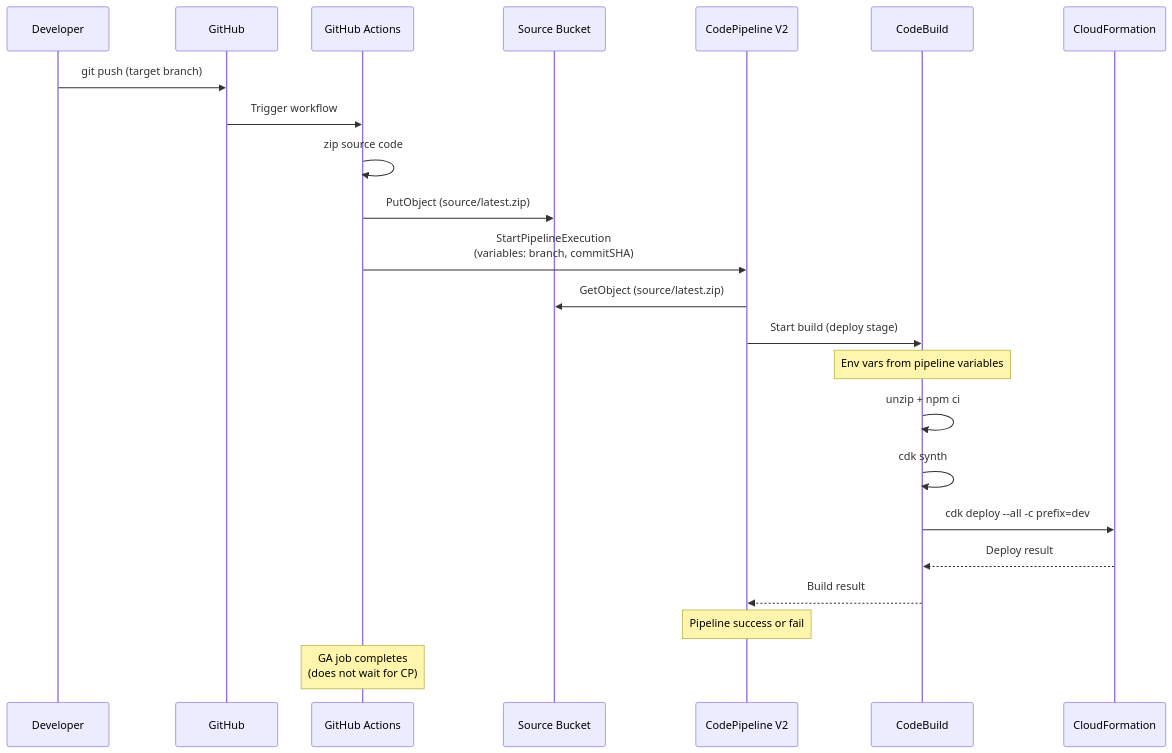
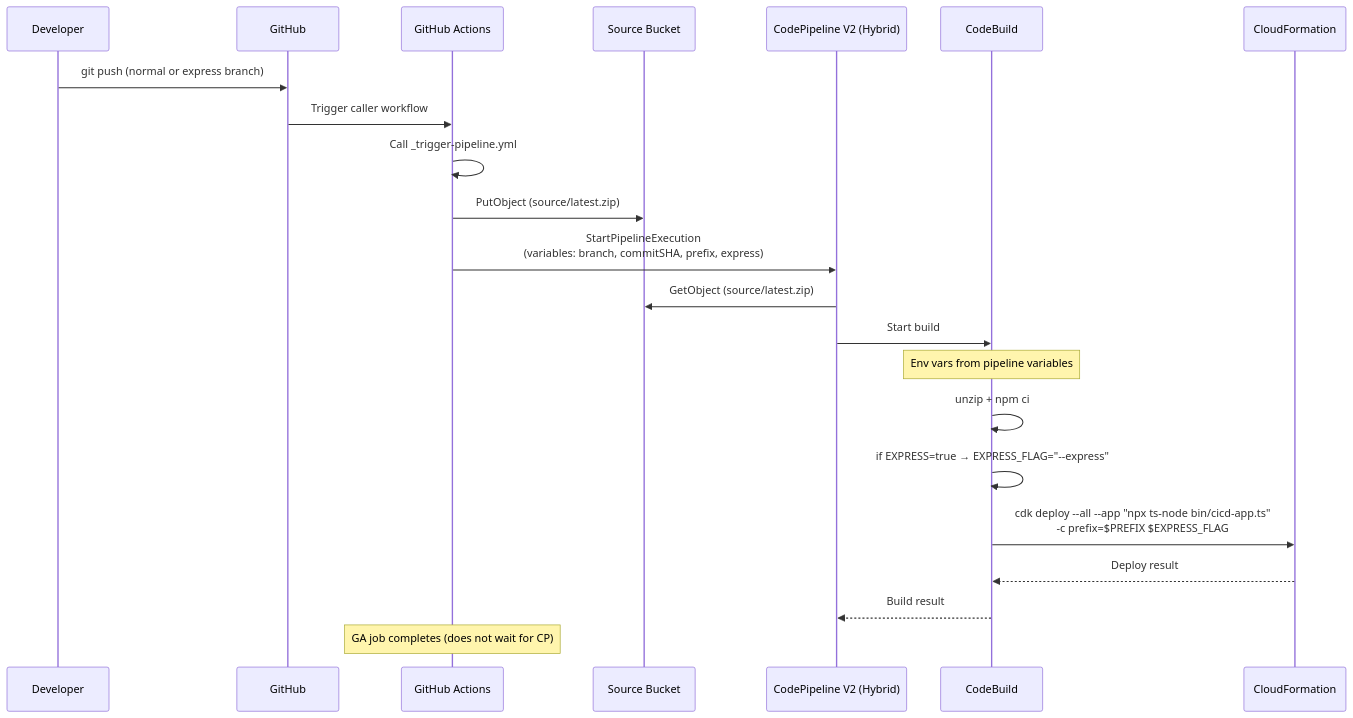
One commit to satoshi256kbyte/cdk-express-mode changed the fifth of 6 diagrams in .kiro/specs/cicd-pipelines/design.md. Above: the diagram before and after it, drawn with Mermaid. The commit also changed other lines of this file and 21 other files, not shown here.

````diff
--- a/.kiro/specs/cicd-pipelines/design.md
+++ b/.kiro/specs/cicd-pipelines/design.md
@@ -209,26 +324,25 @@
 ```mermaid
 sequenceDiagram
     participant Dev as Developer
     participant GH as GitHub
     participant GA as GitHub Actions
     participant S3 as Source Bucket
-    participant CP as CodePipeline V2
+    participant CP as CodePipeline V2 (Hybrid)
     participant CB as CodeBuild
     participant CF as CloudFormation
 
-    Dev->>GH: git push (target branch)
-    GH->>GA: Trigger workflow
-    GA->>GA: zip source code
+    Dev->>GH: git push (normal or express branch)
+    GH->>GA: Trigger caller workflow
+    GA->>GA: Call _trigger-pipeline.yml
     GA->>S3: PutObject (source/latest.zip)
-    GA->>CP: StartPipelineExecution<br/>(variables: branch, commitSHA)
+    GA->>CP: StartPipelineExecution<br/>(variables: branch, commitSHA, prefix, express)
     CP->>S3: GetObject (source/latest.zip)
-    CP->>CB: Start build (deploy stage)
+    CP->>CB: Start build
     Note over CB: Env vars from pipeline variables
     CB->>CB: unzip + npm ci
-    CB->>CB: cdk synth
-    CB->>CF: cdk deploy --all -c prefix=dev
+    CB->>CB: if EXPRESS=true → EXPRESS_FLAG="--express"
+    CB->>CF: cdk deploy --all --app "npx ts-node bin/cicd-app.ts"<br/>-c prefix=$PREFIX $EXPRESS_FLAG
     CF-->>CB: Deploy result
     CB-->>CP: Build result
-    Note over CP: Pipeline success or fail
-    Note over GA: GA job completes<br/>(does not wait for CP)
+    Note over GA: GA job completes (does not wait for CP)
 ```
````
